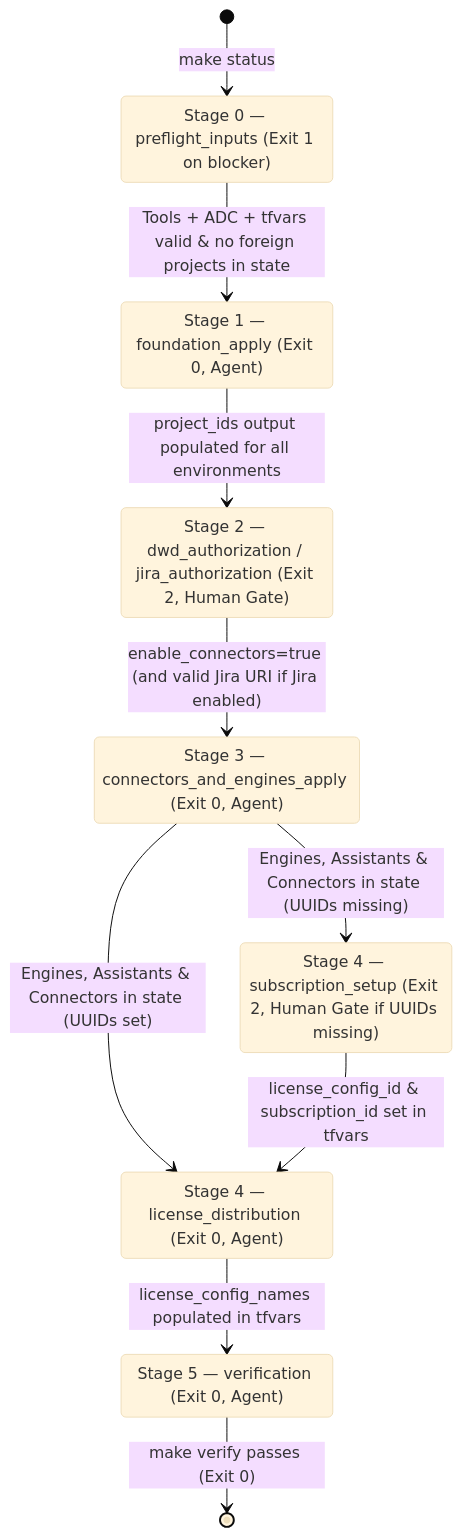
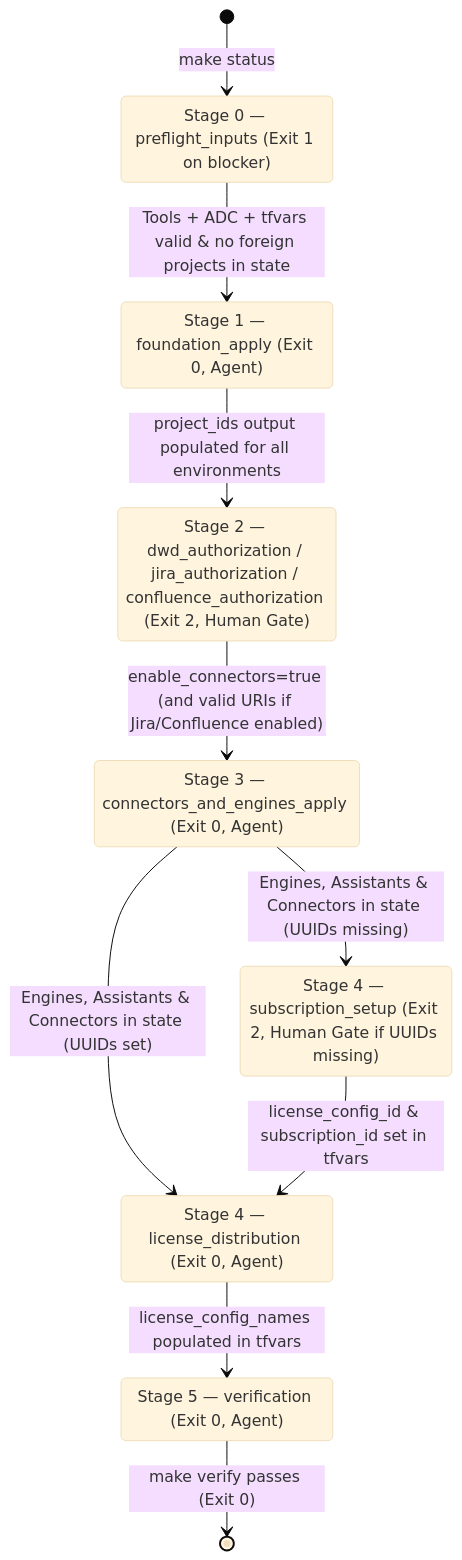
Before and after one commit to pedroccorreia/gemini-prism: the third of 3 diagrams in PRACTITIONERS_GUIDE.md, drawn with Mermaid (base theme). The commit also changed other lines of this file and 13 other files, not shown here.

````diff
--- a/PRACTITIONERS_GUIDE.md
+++ b/PRACTITIONERS_GUIDE.md
@@ -280,20 +307,20 @@
 ```mermaid
 stateDiagram-v2
   [*] --> Phase0: make status
   Phase0: Stage 0 — preflight_inputs (Exit 1 on blocker)
   Phase1: Stage 1 — foundation_apply (Exit 0, Agent)
-  Phase2: Stage 2 — dwd_authorization / jira_authorization (Exit 2, Human Gate)
+  Phase2: Stage 2 — dwd_authorization / jira_authorization / confluence_authorization (Exit 2, Human Gate)
   Phase3: Stage 3 — connectors_and_engines_apply (Exit 0, Agent)
   Phase4Sub: Stage 4 — subscription_setup (Exit 2, Human Gate if UUIDs missing)
   Phase4Dist: Stage 4 — license_distribution (Exit 0, Agent)
   Phase5: Stage 5 — verification (Exit 0, Agent)
 
   Phase0 --> Phase1: Tools + ADC + tfvars valid & no foreign projects in state
   Phase1 --> Phase2: project_ids output populated for all environments
-  Phase2 --> Phase3: enable_connectors=true (and valid Jira URI if Jira enabled)
+  Phase2 --> Phase3: enable_connectors=true (and valid URIs if Jira/Confluence enabled)
   Phase3 --> Phase4Sub: Engines, Assistants & Connectors in state (UUIDs missing)
   Phase3 --> Phase4Dist: Engines, Assistants & Connectors in state (UUIDs set)
   Phase4Sub --> Phase4Dist: license_config_id & subscription_id set in tfvars
   Phase4Dist --> Phase5: license_config_names populated in tfvars
   Phase5 --> [*]: make verify passes (Exit 0)
 ```
````
